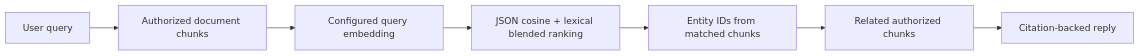
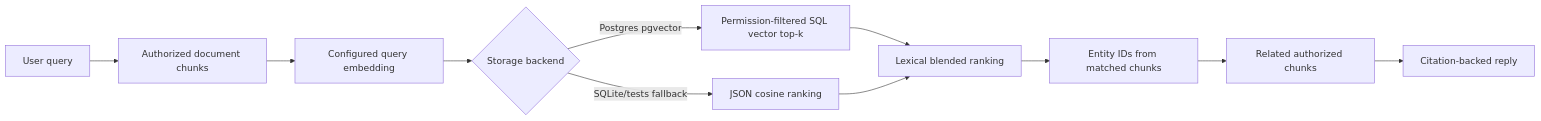
One commit to heecheon92/my-agents changed the second of 3 diagrams in docs/portfolio-chat-service/06-permission-aware-rag.md. Above: the diagram before and after it, drawn with Mermaid. The commit also changed other lines of this file and 20 other files, not shown here.

First line of the commit message:
Make vector retrieval testable on local Postgres

````diff
--- a/docs/portfolio-chat-service/06-permission-aware-rag.md
+++ b/docs/portfolio-chat-service/06-permission-aware-rag.md
@@ -69,9 +69,13 @@
 ```mermaid
 flowchart LR
     Query[User query] --> AuthRows[Authorized document chunks]
     AuthRows --> QueryEmbedding[Configured query embedding]
-    QueryEmbedding --> Direct[JSON cosine + lexical blended ranking]
+    QueryEmbedding --> Vector{Storage backend}
+    Vector -->|Postgres pgvector| SQL[Permission-filtered SQL vector top-k]
+    Vector -->|SQLite/tests fallback| JSON[JSON cosine ranking]
+    SQL --> Direct[Lexical blended ranking]
+    JSON --> Direct
     Direct --> Entities[Entity IDs from matched chunks]
     Entities --> Expansion[Related authorized chunks]
     Expansion --> Compose[Citation-backed reply]
 ```
````
